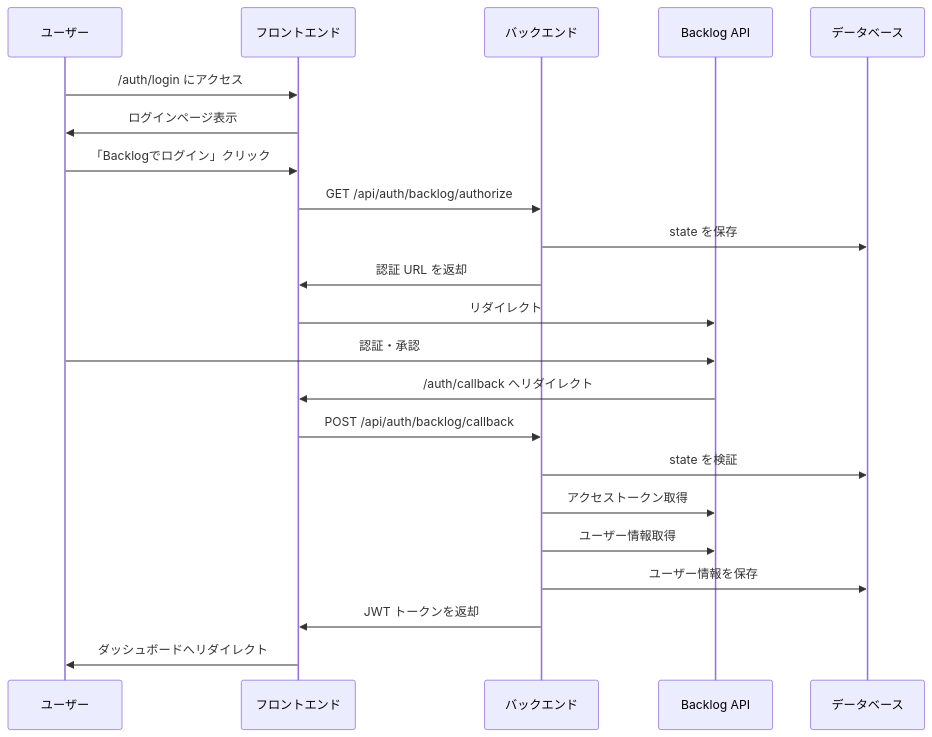
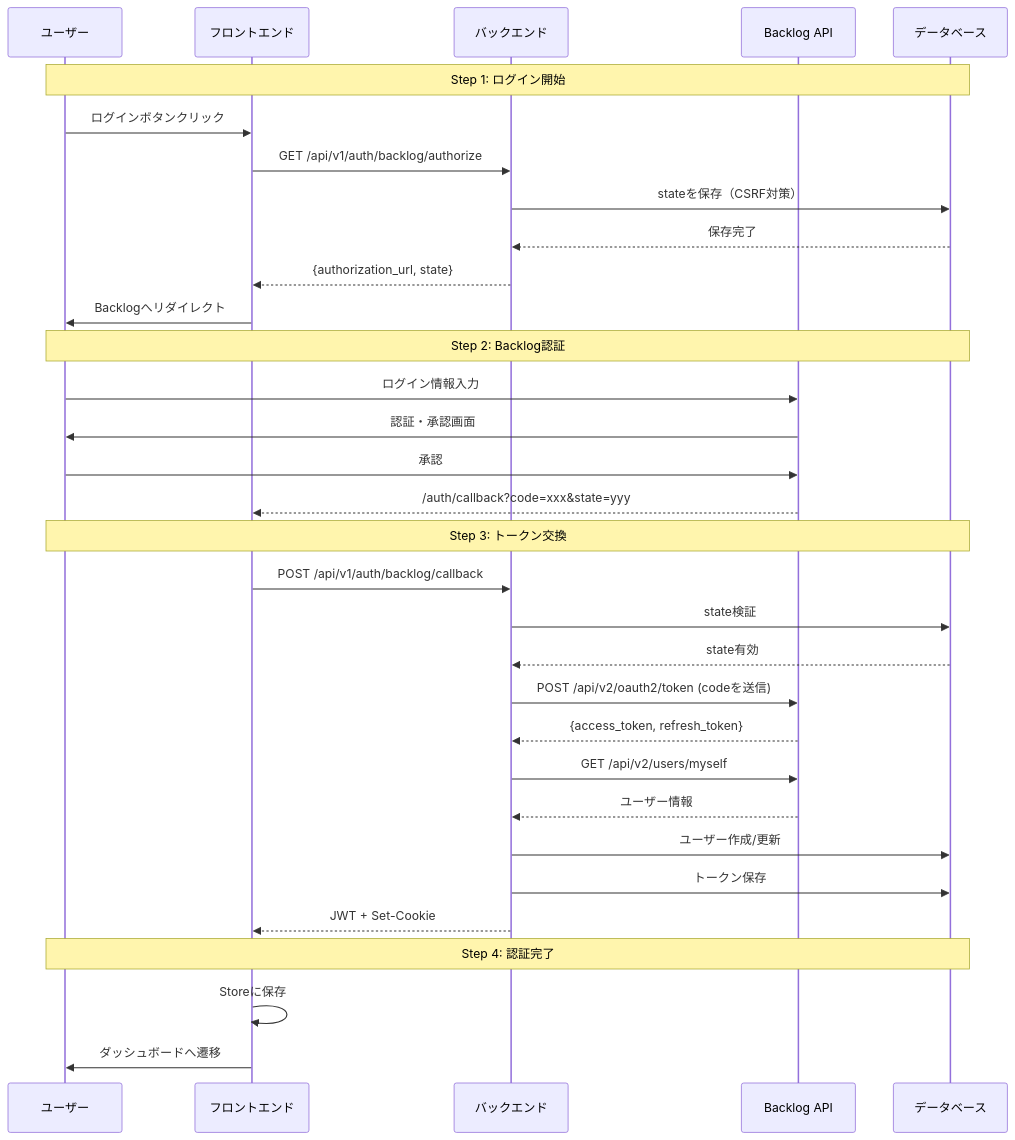
One commit to rasshii/team-insight changed the sixth of 6 diagrams in Doc/implementation-guide.md. Above: the diagram before and after it, drawn with Mermaid. The commit also changed other lines of this file and 14 other files, not shown here.

````diff
--- a/Doc/implementation-guide.md
+++ b/Doc/implementation-guide.md
@@ -126,25 +598,38 @@
 ```mermaid
 sequenceDiagram
-    participant User as ユーザー
-    participant FE as フロントエンド
-    participant BE as バックエンド
-    participant Backlog as Backlog API
+    participant U as ユーザー
+    participant F as フロントエンド
+    participant B as バックエンド
+    participant BL as Backlog API
     participant DB as データベース
 
-    User->>FE: /auth/login にアクセス
-    FE->>User: ログインページ表示
-    User->>FE: 「Backlogでログイン」クリック
-    FE->>BE: GET /api/auth/backlog/authorize
-    BE->>DB: state を保存
-    BE->>FE: 認証 URL を返却
-    FE->>Backlog: リダイレクト
-    User->>Backlog: 認証・承認
-    Backlog->>FE: /auth/callback へリダイレクト
-    FE->>BE: POST /api/auth/backlog/callback
-    BE->>DB: state を検証
-    BE->>Backlog: アクセストークン取得
-    BE->>Backlog: ユーザー情報取得
-    BE->>DB: ユーザー情報を保存
-    BE->>FE: JWT トークンを返却
-    FE->>User: ダッシュボードへリダイレクト
+    Note over U,DB: Step 1: ログイン開始
+    U->>F: ログインボタンクリック
+    F->>B: GET /api/v1/auth/backlog/authorize
+    B->>DB: stateを保存（CSRF対策）
+    DB-->>B: 保存完了
+    B-->>F: {authorization_url, state}
+    F->>U: Backlogへリダイレクト
+
+    Note over U,DB: Step 2: Backlog認証
+    U->>BL: ログイン情報入力
+    BL->>U: 認証・承認画面
+    U->>BL: 承認
+    BL-->>F: /auth/callback?code=xxx&state=yyy
+
+    Note over U,DB: Step 3: トークン交換
+    F->>B: POST /api/v1/auth/backlog/callback
+    B->>DB: state検証
+    DB-->>B: state有効
+    B->>BL: POST /api/v2/oauth2/token (codeを送信)
+    BL-->>B: {access_token, refresh_token}
+    B->>BL: GET /api/v2/users/myself
+    BL-->>B: ユーザー情報
+    B->>DB: ユーザー作成/更新
+    B->>DB: トークン保存
+    B-->>F: JWT + Set-Cookie
+
+    Note over U,DB: Step 4: 認証完了
+    F->>F: Storeに保存
+    F->>U: ダッシュボードへ遷移
 ```
````
